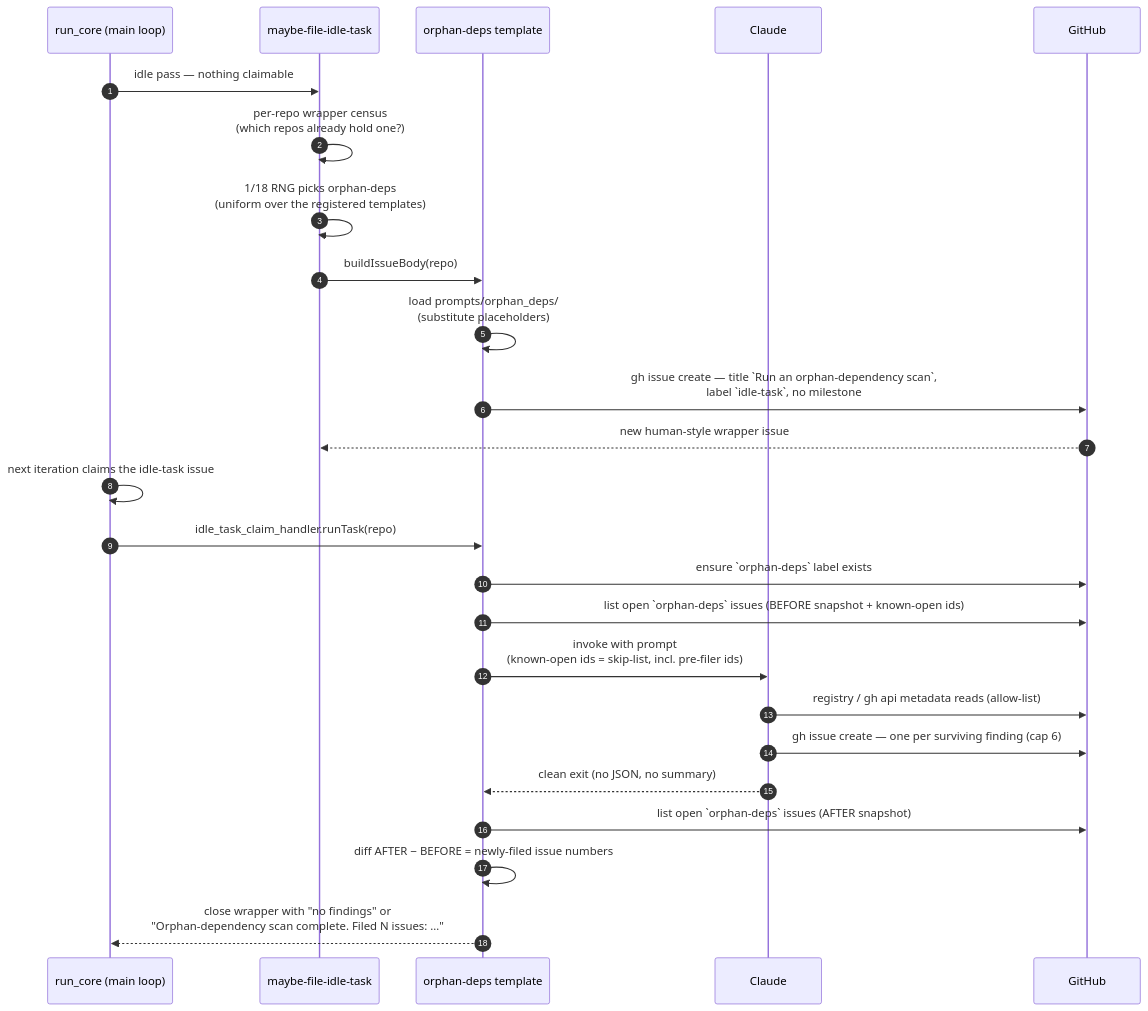
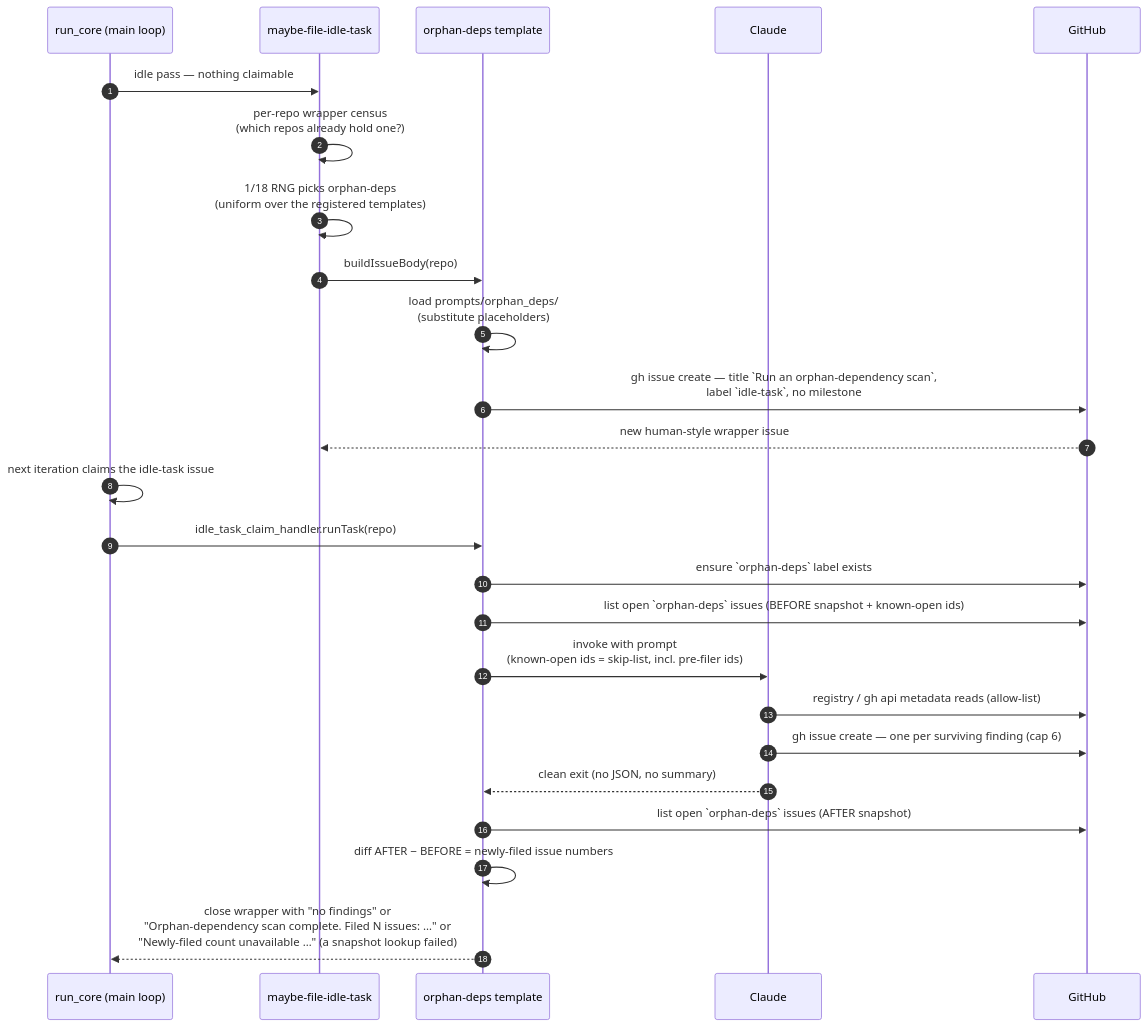
One commit to stSoftwareAU/VibeCoder changed the first of 3 diagrams in docs/ORPHAN-DEPS-SCAN.md. Above: the diagram before and after it, drawn with Mermaid. The commit also changed other lines of this file and 9 other files, not shown here.

````diff
--- a/docs/ORPHAN-DEPS-SCAN.md
+++ b/docs/ORPHAN-DEPS-SCAN.md
@@ -143,28 +143,28 @@
 ```mermaid
 sequenceDiagram
     autonumber
     participant Main as run_core (main loop)
     participant Filer as maybe-file-idle-task
     participant Template as orphan-deps template
     participant Claude
     participant GH as GitHub
 
     Main->>Filer: idle pass — nothing claimable
     Filer->>Filer: per-repo wrapper census<br/>(which repos already hold one?)
     Filer->>Filer: 1/18 RNG picks orphan-deps<br/>(uniform over the registered templates)
     Filer->>Template: buildIssueBody(repo)
     Template->>Template: load prompts/orphan_deps/<br/>(substitute placeholders)
     Template->>GH: gh issue create — title `Run an orphan-dependency scan`,<br/>label `idle-task`, no milestone
     GH-->>Filer: new human-style wrapper issue
     Main->>Main: next iteration claims the idle-task issue
     Main->>Template: idle_task_claim_handler.runTask(repo)
     Template->>GH: ensure `orphan-deps` label exists
     Template->>GH: list open `orphan-deps` issues (BEFORE snapshot + known-open ids)
     Template->>Claude: invoke with prompt<br/>(known-open ids = skip-list, incl. pre-filer ids)
     Claude->>GH: registry / gh api metadata reads (allow-list)
     Claude->>GH: gh issue create — one per surviving finding (cap 6)
     Claude-->>Template: clean exit (no JSON, no summary)
     Template->>GH: list open `orphan-deps` issues (AFTER snapshot)
     Template->>Template: diff AFTER − BEFORE = newly-filed issue numbers
-    Template-->>Main: close wrapper with "no findings" or<br/>"Orphan-dependency scan complete. Filed N issues: …"
+    Template-->>Main: close wrapper with "no findings" or<br/>"Orphan-dependency scan complete. Filed N issues: …" or<br/>"Newly-filed count unavailable …" (a snapshot lookup failed)
 ```
````
